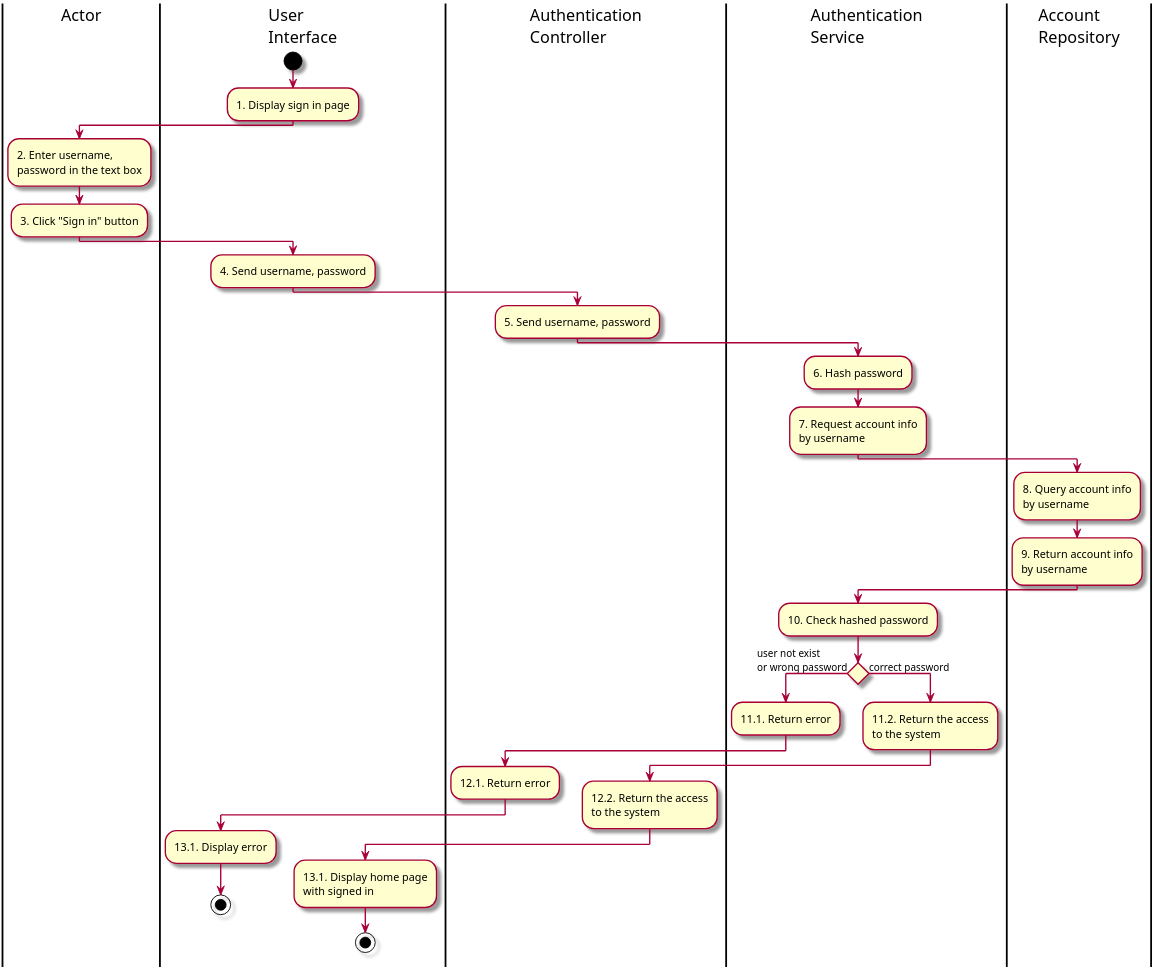
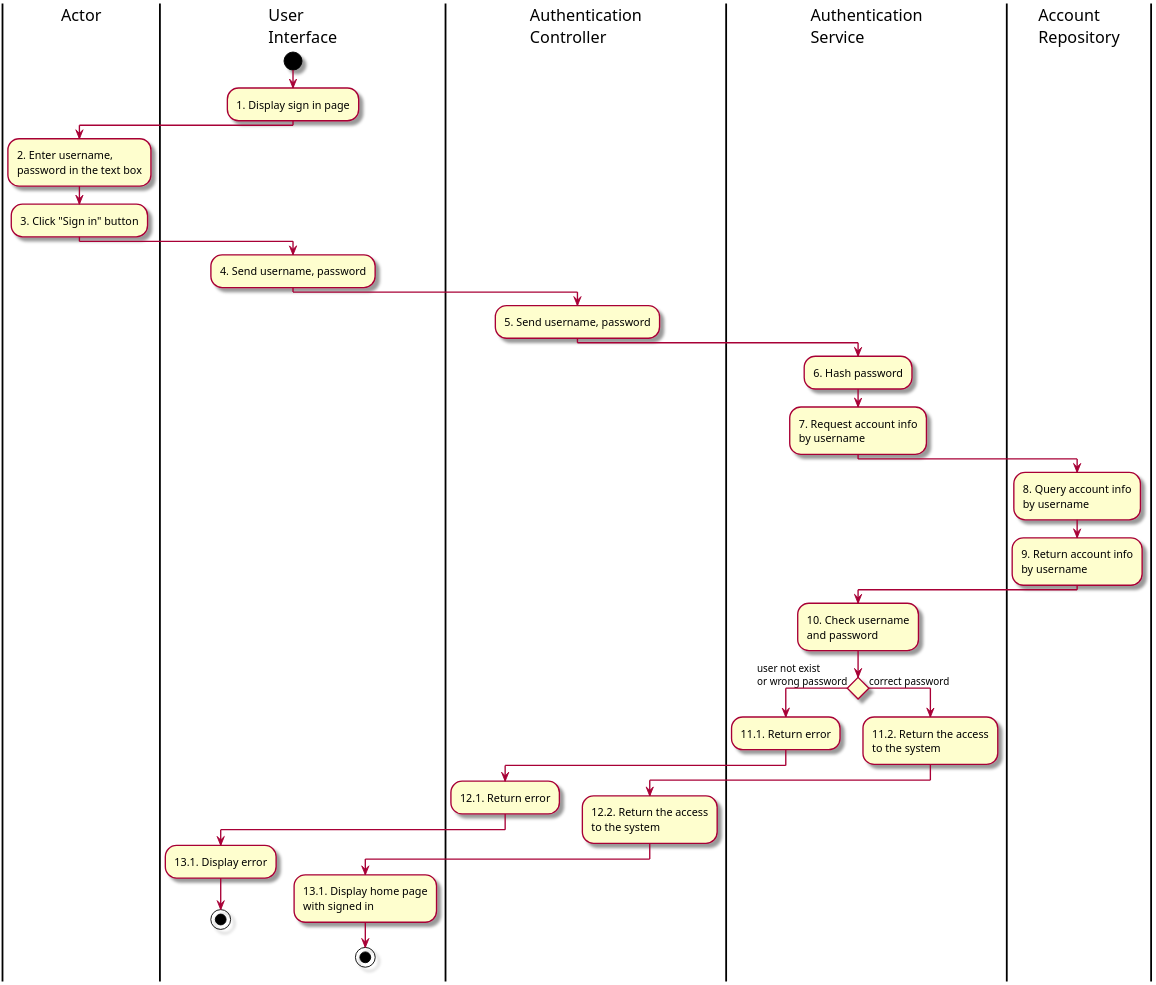
Before and after one commit to Marowota/ecommerce-plantuml: the diagram in Activity/1. ActSignIn.puml, drawn with PlantUML.

Commit message:
update act 1

```diff
--- a/Activity/1. ActSignIn.puml
+++ b/Activity/1. ActSignIn.puml
@@ -1,45 +1,45 @@
 @startuml ActSignIn
 
 skin rose
 scale 3
 
 |Actor|
 |User\nInterface|
 |Authentication\nController|
 |Authentication\nService|
 |Account\nRepository|
 |User\nInterface|
 start
 :1. Display sign in page;
 |Actor|
 :2. Enter username,\npassword in the text box;
 :3. Click "Sign in" button;
 |User\nInterface|
 :4. Send username, password;
 |Authentication\nController|
 :5. Send username, password;
 |Authentication\nService|
 :6. Hash password;
 :7. Request account info\nby username;
 |Account\nRepository|
 :8. Query account info\nby username;
 :9. Return account info\nby username;
 |Authentication\nService|
-:10. Check hashed password;
+:10. Check username\nand password;
 if () then (user not exist\nor wrong password)
 :11.1. Return error;
 |Authentication\nController|
 :12.1. Return error;
 |User\nInterface|
 :13.1. Display error;
 stop
 
 else(correct password)
 |Authentication\nService|
 :11.2. Return the access\nto the system;
 |Authentication\nController|
 :12.2. Return the access\nto the system;
 |User\nInterface|
 :13.1. Display home page\nwith signed in;
 stop
 @enduml
```
